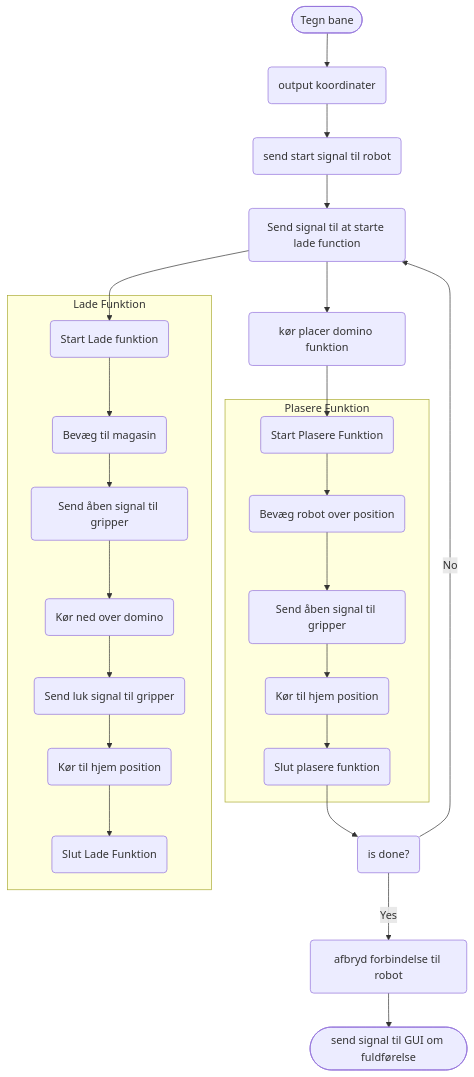
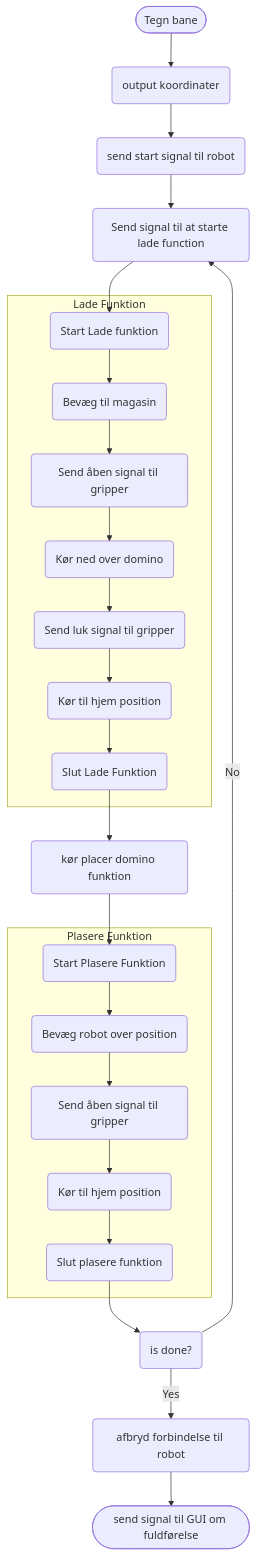
The diagram in Modbus Flowchart.md (TheJoboReal/Noter), drawn with Mermaid before and after one commit. The commit also changed 1 other file, not shown here.

Commit message:
vault backup: 2023-04-25 11:46:48

````diff
--- a/Modbus Flowchart.md
+++ b/Modbus Flowchart.md
@@ -1,35 +1,36 @@
 ```mermaid
 graph TD
 a([Tegn bane]) -->b(output koordinater)-->
 c(send start signal til robot)-->
-d(Send signal til at starte lade function)-->
+d(Send signal til at starte lade function)
 e(kør placer domino funktion)
 f(is done?)-->|No|d
 f-->|Yes|g(afbryd forbindelse til robot)-->
 h([send signal til GUI om fuldførelse])
 
 d-->a1
 
 subgraph Lade Funktion
 a1(Start Lade funktion)-->
 a2(Bevæg til magasin)-->
 a3(Send åben signal til gripper)-->
 a31(Kør ned over domino)-->
 a32(Send luk signal til gripper)-->
 a4(Kør til hjem position)-->
 a5(Slut Lade Funktion)
 end
 
+a5-->e
 e-->b1
 
 subgraph Plasere Funktion
 b1(Start Plasere Funktion)-->
 b2(Bevæg robot over position)-->
 b3(Send åben signal til gripper)-->
 b4(Kør til hjem position)-->
 b5(Slut plasere funktion)
 end
 
 b5-->f
 
 ```
````
